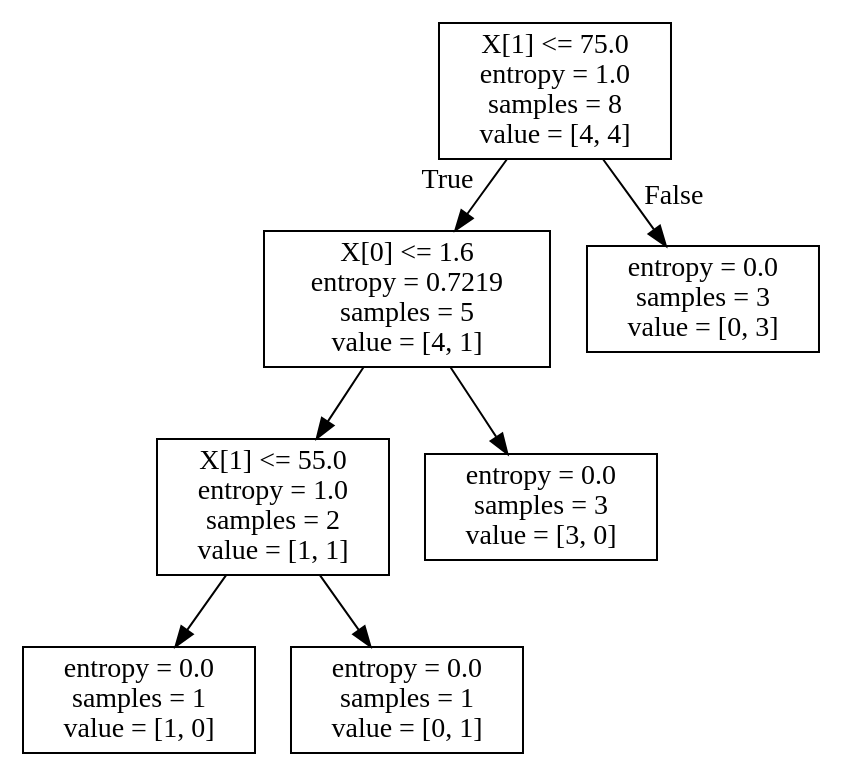
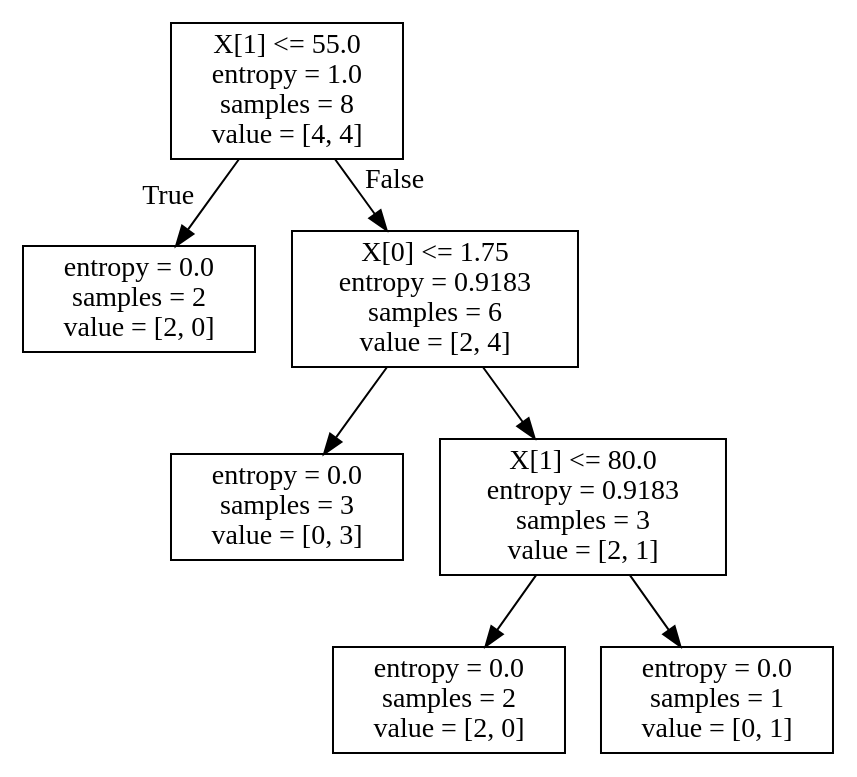
One commit to maxis1314/pyutils changed the diagram in ml/tree/tree.dot. Above: the diagram before and after it, drawn with Graphviz. The commit also changed 1 other file, not shown here.

```diff
--- a/ml/tree/tree.dot
+++ b/ml/tree/tree.dot
@@ -1,16 +1,16 @@
 digraph Tree {
 node [shape=box] ;
-0 [label="X[1] <= 75.0\nentropy = 1.0\nsamples = 8\nvalue = [4, 4]"] ;
-1 [label="X[0] <= 1.6\nentropy = 0.7219\nsamples = 5\nvalue = [4, 1]"] ;
+0 [label="X[1] <= 55.0\nentropy = 1.0\nsamples = 8\nvalue = [4, 4]"] ;
+1 [label="entropy = 0.0\nsamples = 2\nvalue = [2, 0]"] ;
 0 -> 1 [labeldistance=2.5, labelangle=45, headlabel="True"] ;
-2 [label="X[1] <= 55.0\nentropy = 1.0\nsamples = 2\nvalue = [1, 1]"] ;
-1 -> 2 ;
-3 [label="entropy = 0.0\nsamples = 1\nvalue = [1, 0]"] ;
+2 [label="X[0] <= 1.75\nentropy = 0.9183\nsamples = 6\nvalue = [2, 4]"] ;
+0 -> 2 [labeldistance=2.5, labelangle=-45, headlabel="False"] ;
+3 [label="entropy = 0.0\nsamples = 3\nvalue = [0, 3]"] ;
 2 -> 3 ;
-4 [label="entropy = 0.0\nsamples = 1\nvalue = [0, 1]"] ;
+4 [label="X[1] <= 80.0\nentropy = 0.9183\nsamples = 3\nvalue = [2, 1]"] ;
 2 -> 4 ;
-5 [label="entropy = 0.0\nsamples = 3\nvalue = [3, 0]"] ;
-1 -> 5 ;
-6 [label="entropy = 0.0\nsamples = 3\nvalue = [0, 3]"] ;
-0 -> 6 [labeldistance=2.5, labelangle=-45, headlabel="False"] ;
+5 [label="entropy = 0.0\nsamples = 2\nvalue = [2, 0]"] ;
+4 -> 5 ;
+6 [label="entropy = 0.0\nsamples = 1\nvalue = [0, 1]"] ;
+4 -> 6 ;
 }
```
